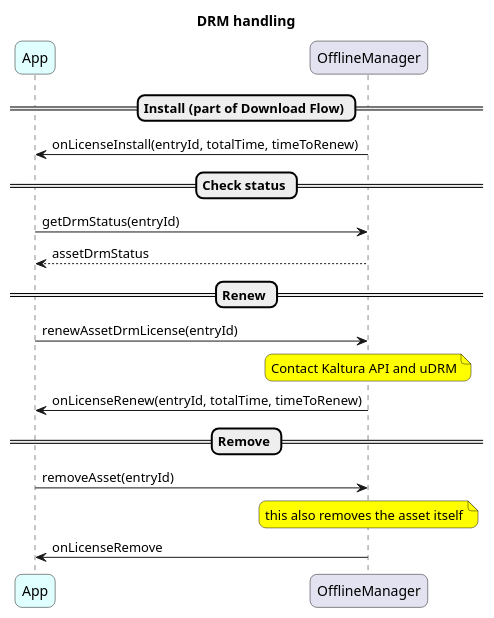
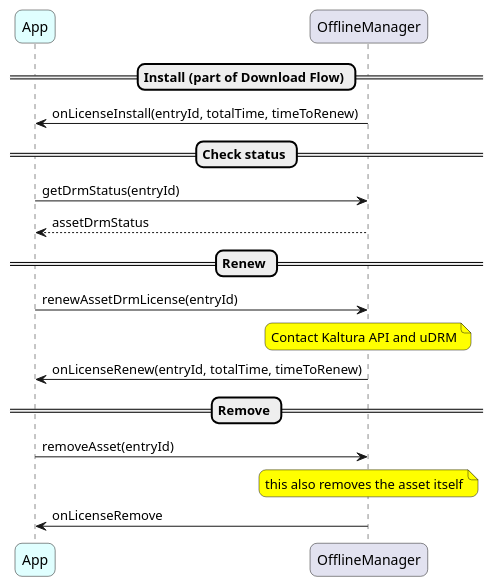
Before and after one commit to kaltura/kaltura-player-android: the fourth of 4 diagrams in docs/offline/Offline.puml, drawn with PlantUML. The commit also changed other lines of this file and 5 other files, not shown here.

Commit message:
Remove diagram title from puml

```diff
--- a/docs/offline/Offline.puml
+++ b/docs/offline/Offline.puml
@@ -108,27 +108,27 @@
 @startuml DRM
-title DRM handling
+
 skinparam backgroundColor transparent
 skinparam roundCorner 14
 skinparam NoteBackgroundColor #ffff00
 
 participant App #lightcyan
 participant OfflineManager as Offline
 
 == Install (part of Download Flow) ==
 Offline->App: onLicenseInstall(entryId, totalTime, timeToRenew)
 
 == Check status ==
 App->Offline: getDrmStatus(entryId)
 return assetDrmStatus
 
 == Renew ==
 App->Offline: renewAssetDrmLicense(entryId)
 note over Offline: Contact Kaltura API and uDRM
 Offline->App: onLicenseRenew(entryId, totalTime, timeToRenew)
 
 == Remove ==
 App->Offline: removeAsset(entryId)
 note over Offline: this also removes the asset itself
 Offline->App: onLicenseRemove
 
 @enduml
```
